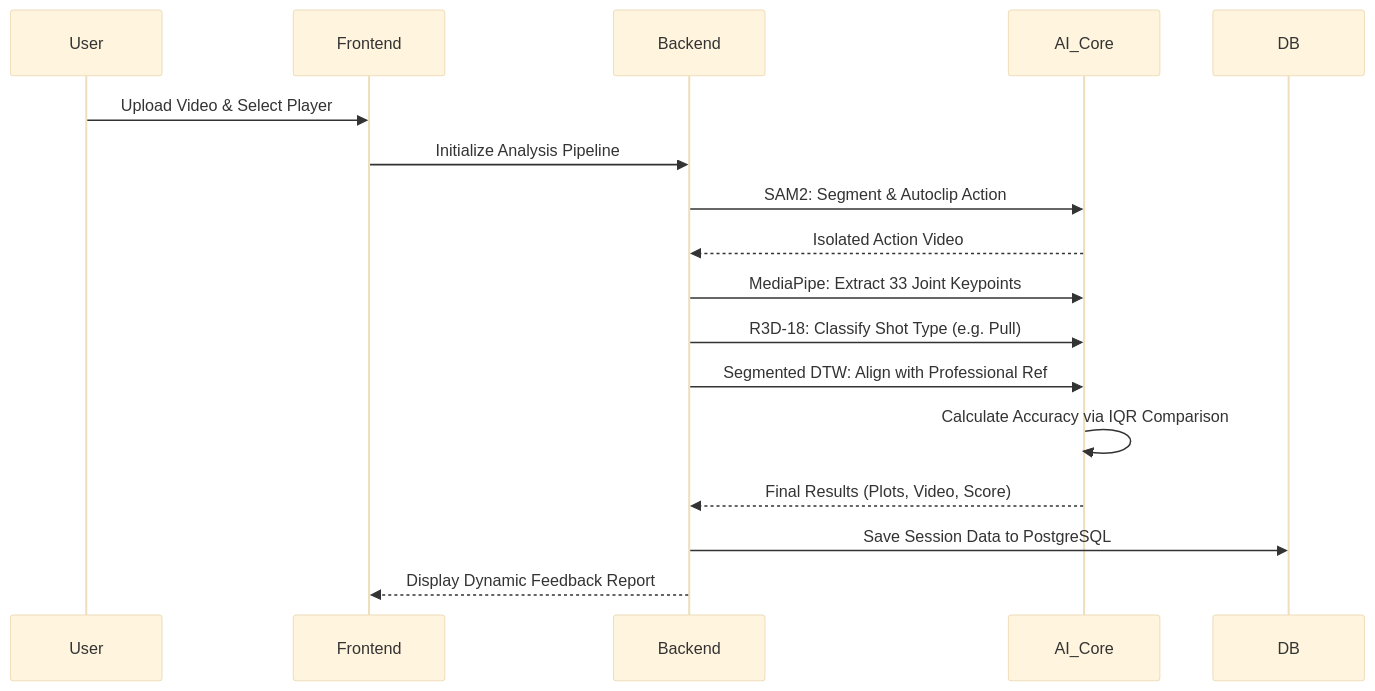
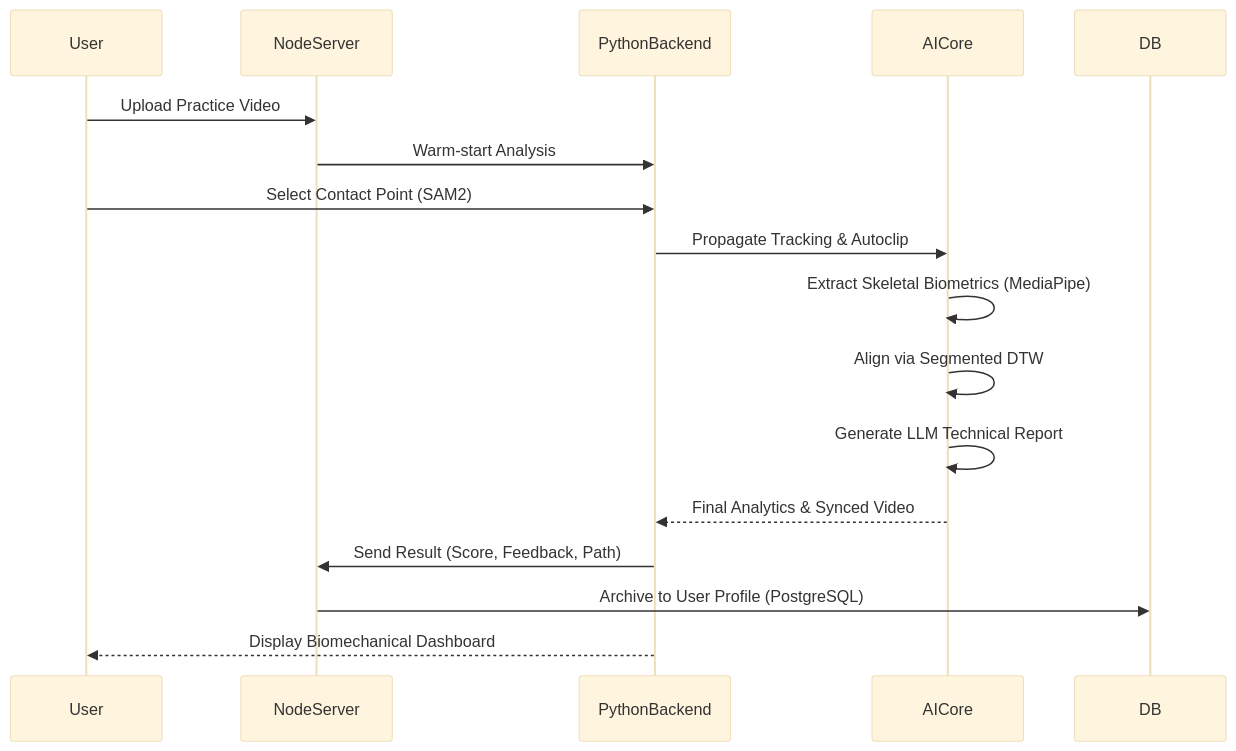
Before and after one commit to milansinghal2004/AthletiQ: the second of 2 diagrams in README.md, drawn with Mermaid (base theme). The commit also changed other lines of this file, not shown here.

Commit message:
Docs: Comprehensive README update with system architecture and usage guides.

````diff
--- a/README.md
+++ b/README.md
@@ -82,20 +78,20 @@
 ```mermaid
 sequenceDiagram
     participant User
-    participant Frontend
-    participant Backend
-    participant AI_Core
+    participant NodeServer
+    participant PythonBackend
+    participant AICore
     participant DB
 
-    User->>Frontend: Upload Video & Select Player
-    Frontend->>Backend: Initialize Analysis Pipeline
-    Backend->>AI_Core: SAM2: Segment & Autoclip Action
-    AI_Core-->>Backend: Isolated Action Video
-    Backend->>AI_Core: MediaPipe: Extract 33 Joint Keypoints
-    Backend->>AI_Core: R3D-18: Classify Shot Type (e.g. Pull)
-    Backend->>AI_Core: Segmented DTW: Align with Professional Ref
-    AI_Core->>AI_Core: Calculate Accuracy via IQR Comparison
-    AI_Core-->>Backend: Final Results (Plots, Video, Score)
-    Backend->>DB: Save Session Data to PostgreSQL
-    Backend-->>Frontend: Display Dynamic Feedback Report
+    User->>NodeServer: Upload Practice Video
+    NodeServer->>PythonBackend: Warm-start Analysis
+    User->>PythonBackend: Select Contact Point (SAM2)
+    PythonBackend->>AICore: Propagate Tracking & Autoclip
+    AICore->>AICore: Extract Skeletal Biometrics (MediaPipe)
+    AICore->>AICore: Align via Segmented DTW
+    AICore->>AICore: Generate LLM Technical Report
+    AICore-->>PythonBackend: Final Analytics & Synced Video
+    PythonBackend->>NodeServer: Send Result (Score, Feedback, Path)
+    NodeServer->>DB: Archive to User Profile (PostgreSQL)
+    PythonBackend-->>User: Display Biomechanical Dashboard
 ```
````
